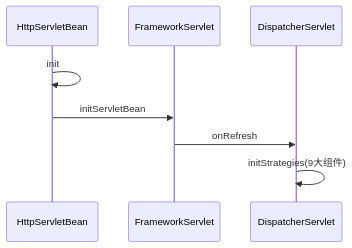
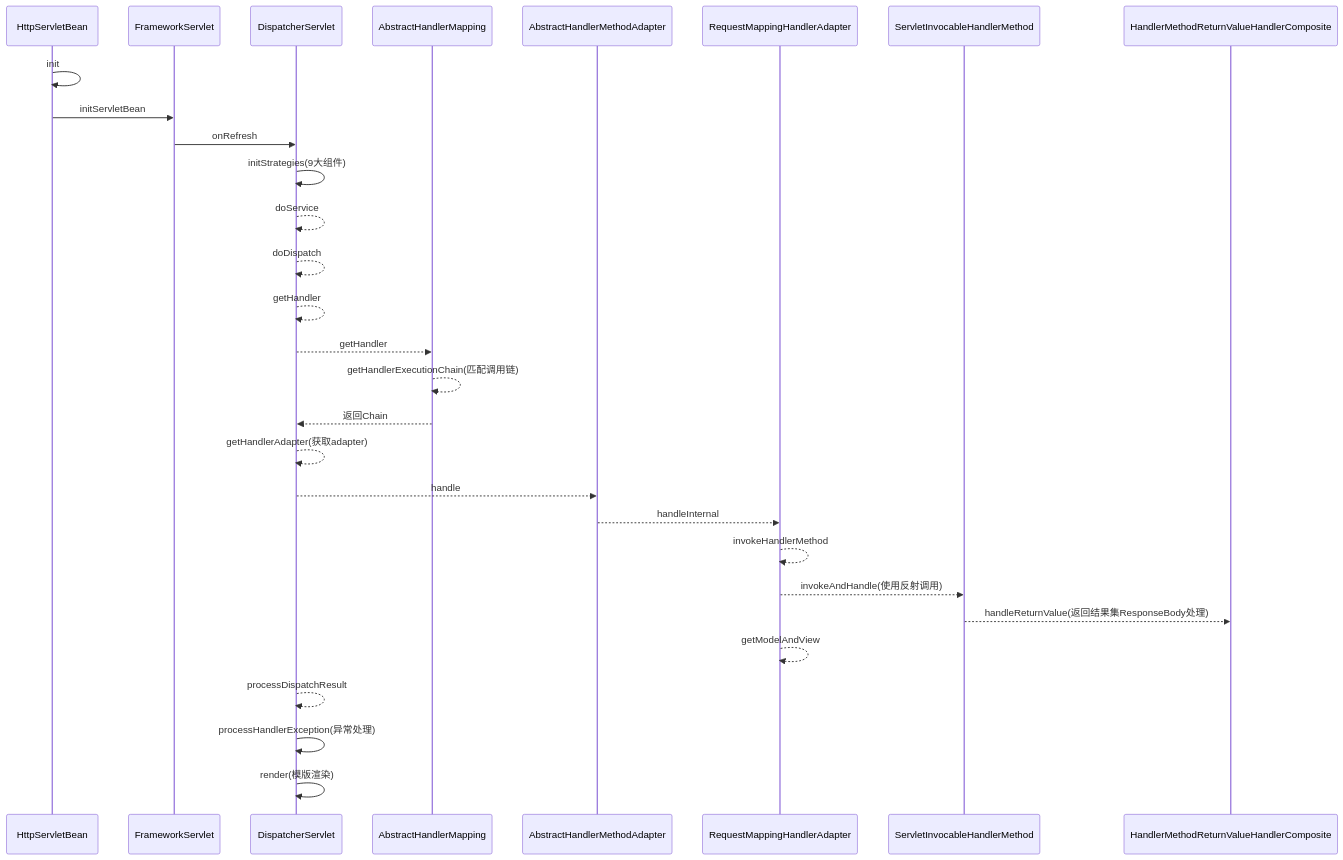
One commit to zhouxin36/zxs changed the fourth of 4 diagrams in 笔记.md. Above: the diagram before and after it, drawn with Mermaid. The commit also changed other lines of this file, not shown here.

````diff
--- a/笔记.md
+++ b/笔记.md
@@ -371,8 +371,25 @@
 ```mermaid
 sequenceDiagram
 
 HttpServletBean->>HttpServletBean:init
 HttpServletBean->>FrameworkServlet:initServletBean
 FrameworkServlet->>DispatcherServlet:onRefresh
 DispatcherServlet->>DispatcherServlet:initStrategies(9大组件)
+
+DispatcherServlet-->>DispatcherServlet:doService
+DispatcherServlet-->>DispatcherServlet:doDispatch
+DispatcherServlet-->>DispatcherServlet:getHandler
+DispatcherServlet-->>AbstractHandlerMapping:getHandler
+AbstractHandlerMapping-->>AbstractHandlerMapping:getHandlerExecutionChain(匹配调用链)
+AbstractHandlerMapping-->>DispatcherServlet:返回Chain
+DispatcherServlet-->>DispatcherServlet:getHandlerAdapter(获取adapter)
+DispatcherServlet-->>AbstractHandlerMethodAdapter:handle
+AbstractHandlerMethodAdapter-->>RequestMappingHandlerAdapter:handleInternal
+RequestMappingHandlerAdapter-->>RequestMappingHandlerAdapter:invokeHandlerMethod
+RequestMappingHandlerAdapter-->>ServletInvocableHandlerMethod:invokeAndHandle(使用反射调用)
+ServletInvocableHandlerMethod-->>HandlerMethodReturnValueHandlerComposite:handleReturnValue(返回结果集ResponseBody处理)
+RequestMappingHandlerAdapter-->>RequestMappingHandlerAdapter:getModelAndView
+DispatcherServlet-->>DispatcherServlet:processDispatchResult
+DispatcherServlet->>DispatcherServlet:processHandlerException(异常处理)
+DispatcherServlet->>DispatcherServlet:render(模版渲染)
 ```
````
